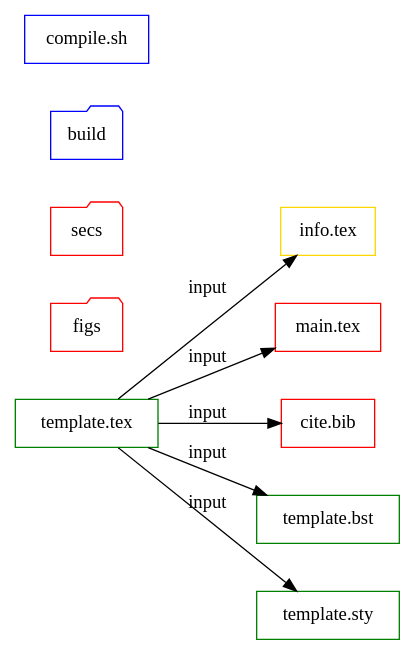
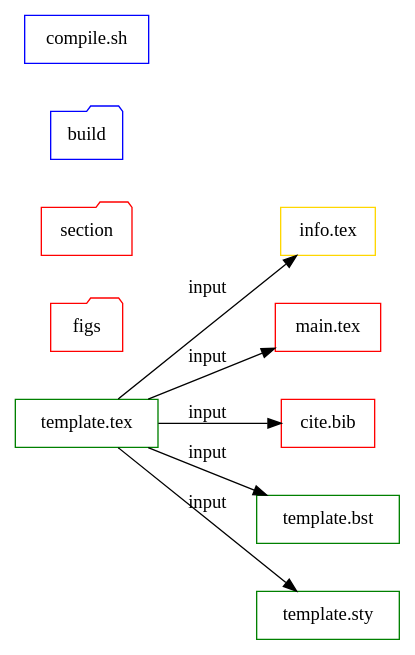
The diagram in texTemplate.org (bwtian/texTemplate), drawn with Graphviz before and after one commit. The commit also changed other lines of this file and 2 other files, not shown here.

Commit message:
- ‘.#texTemplate.org’ / ‘texTemplate.org’ / ‘texTemplate.svg’

```diff
--- a/texTemplate.org
+++ b/texTemplate.org
@@ -4,26 +4,26 @@
 #+BEGIN_SRC dot :file ./texTemplate.svg
   digraph {
   rankdir = LR
   fontname="Times";
   fontsize = 12;
   splines = false;
   ranksep = 0.5;
   nodesep = 0.5;
   node [shape = box]
   //1. set node
   temp [label = "template.tex", color = green]
   info [label = "info.tex", color = gold]
   main [label = "main.tex", color = red]
   bib [label = "cite.bib", color = red]
   bst [label = "template.bst", color = green]
   sty [label = "template.sty", color = green]
   fig [label = "figs", color=red, shape="folder"]
-  sec [label = "secs", color=red, shape="folder"]
+  sec [label = "section", color=red, shape="folder"]
   build [label  = "build", color = blue, shape="folder"]
   gen [label = "compile.sh", color = blue]
   //2. set path
   temp -> {info,main, bib, bst, sty} [label = input]
   //3. set rank
 
   }
 #+END_SRC
```
